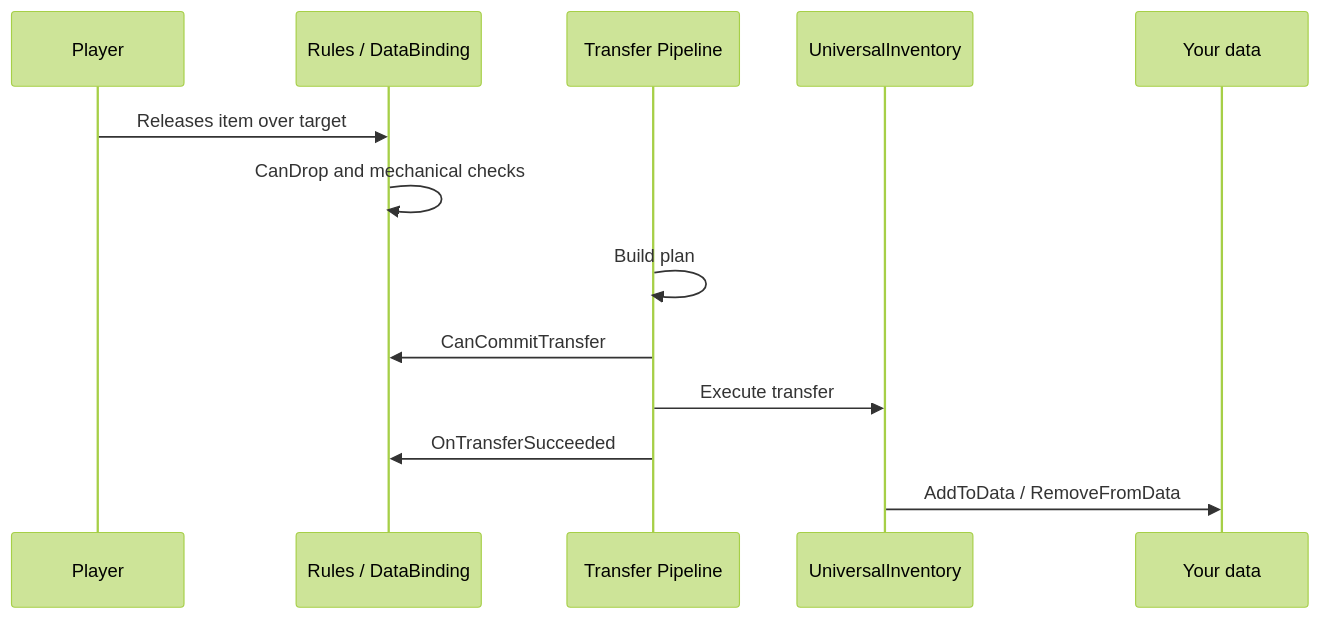
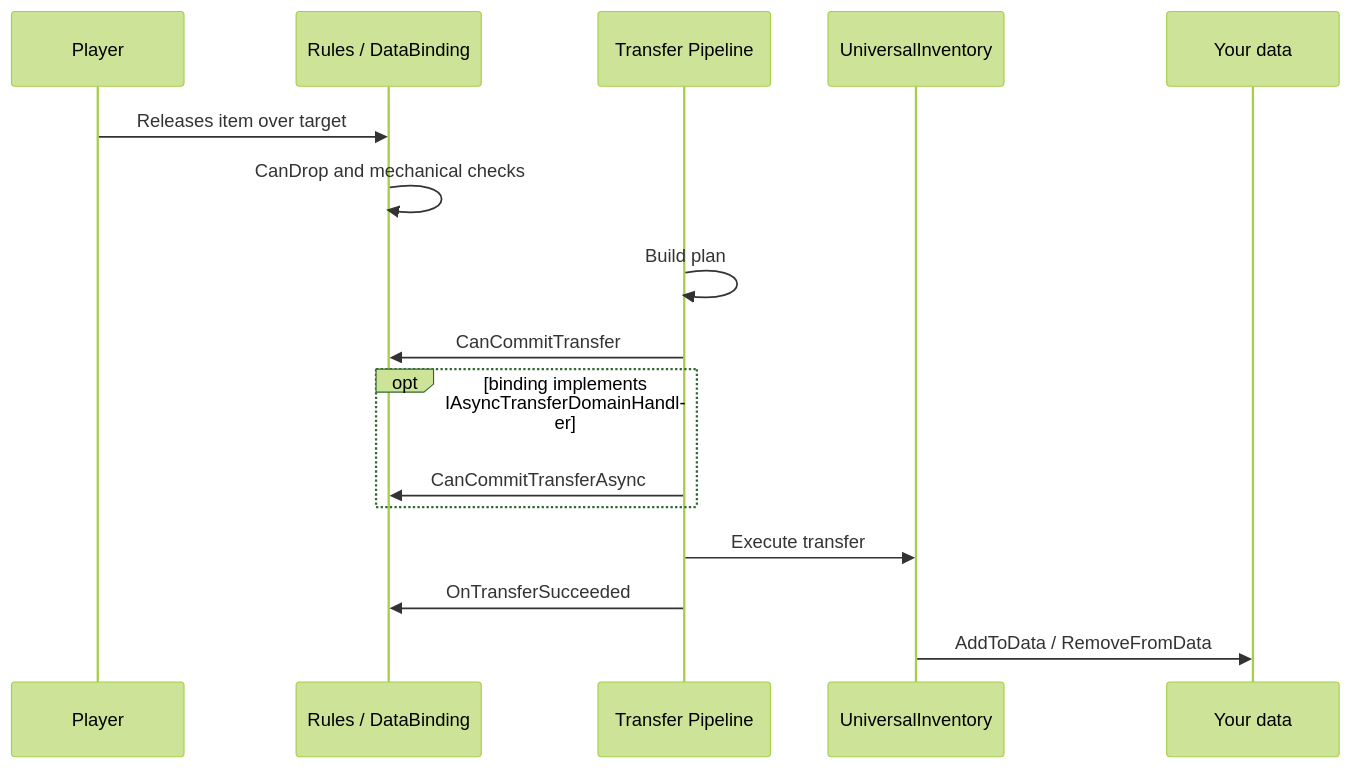
One commit to SergeevSergey99/DragAndDropSystem-Docs changed the second of 5 diagrams in .docs/content/architecture/transfer-pipeline.en.md. Above: the diagram before and after it, drawn with Mermaid (forest theme). The commit also changed other lines of this file and 7 other files, not shown here.

````diff
--- a/.docs/content/architecture/transfer-pipeline.en.md
+++ b/.docs/content/architecture/transfer-pipeline.en.md
@@ -23,16 +23,19 @@
 ```mermaid
 sequenceDiagram
     participant User as Player
     participant Rules as Rules / DataBinding
     participant Pipeline as Transfer Pipeline
     participant UI as UniversalInventory
     participant Data as Your data
 
     User->>Rules: Releases item over target
     Rules->>Rules: CanDrop and mechanical checks
     Pipeline->>Pipeline: Build plan
     Pipeline->>Rules: CanCommitTransfer
+    opt binding implements IAsyncTransferDomainHandler
+        Pipeline->>Rules: CanCommitTransferAsync
+    end
     Pipeline->>UI: Execute transfer
     Pipeline->>Rules: OnTransferSucceeded
     UI->>Data: AddToData / RemoveFromData
 ```
````
